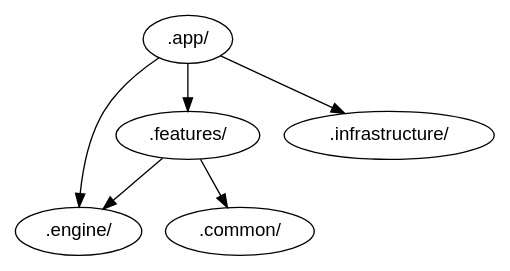
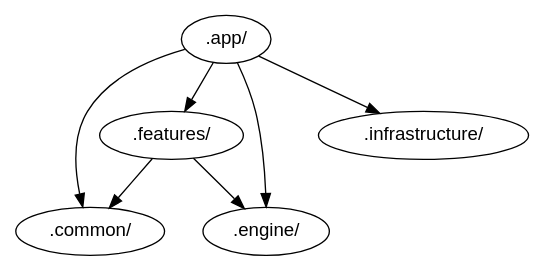
Before and after one commit to squliyev/bio-claim-check: the diagram in docs/architecture/rings.dot, drawn with Graphviz. The commit also changed 34 other files, not shown here.

```diff
--- a/docs/architecture/rings.dot
+++ b/docs/architecture/rings.dot
@@ -1,13 +1,14 @@
 digraph {
     node [fontname=helvetica]
     ".app" [label=".app/"]
     ".common" [label=".common/"]
     ".engine" [label=".engine/"]
     ".features" [label=".features/"]
     ".infrastructure" [label=".infrastructure/"]
+    ".app" ->  ".common"
     ".app" ->  ".engine"
     ".app" ->  ".features"
     ".app" ->  ".infrastructure"
     ".features" ->  ".common"
     ".features" ->  ".engine"
 }
```
